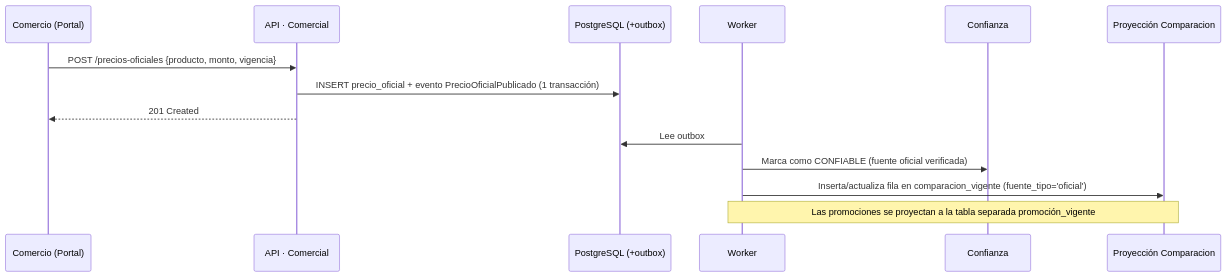
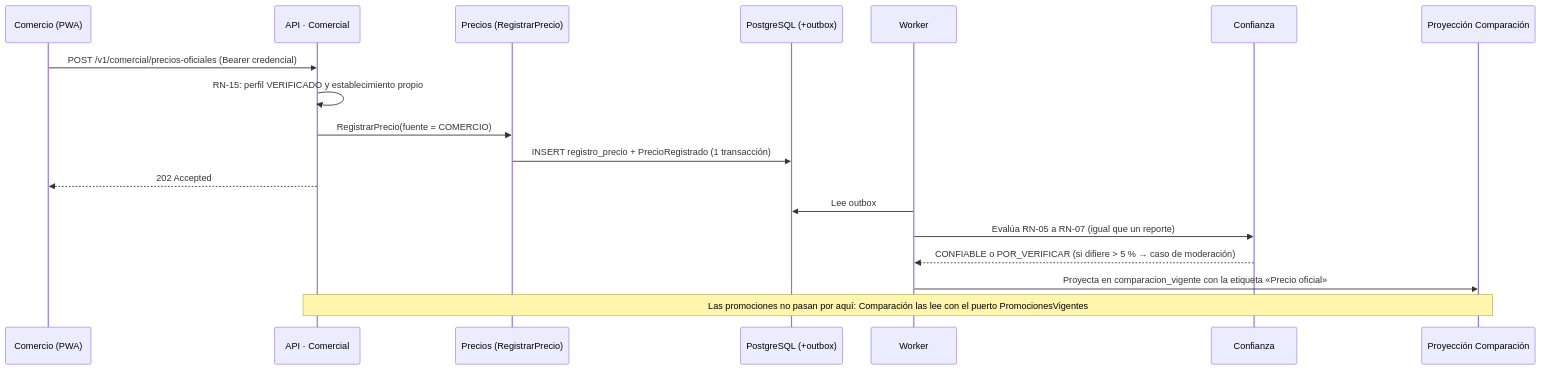
One commit to carlosaugustocue/proyectoNuclear4 changed the second of 2 diagrams in docs/03-arquitectura/analisis-impacto-modulo-comercial.md. Above: the diagram before and after it, drawn with Mermaid. The commit also changed other lines of this file and 3 other files, not shown here.

````diff
--- a/docs/03-arquitectura/analisis-impacto-modulo-comercial.md
+++ b/docs/03-arquitectura/analisis-impacto-modulo-comercial.md
@@ -174,17 +154,21 @@
 ```mermaid
 sequenceDiagram
-    participant C as Comercio (Portal)
+    participant C as Comercio (PWA)
     participant A as API · Comercial
+    participant Pr as Precios (RegistrarPrecio)
     participant DB as PostgreSQL (+outbox)
     participant W as Worker
     participant Co as Confianza
-    participant P as Proyección Comparacion
+    participant P as Proyección Comparación
 
-    C->>A: POST /precios-oficiales {producto, monto, vigencia}
-    A->>DB: INSERT precio_oficial + evento PrecioOficialPublicado (1 transacción)
-    A-->>C: 201 Created
+    C->>A: POST /v1/comercial/precios-oficiales (Bearer credencial)
+    A->>A: RN-15: perfil VERIFICADO y establecimiento propio
+    A->>Pr: RegistrarPrecio(fuente = COMERCIO)
+    Pr->>DB: INSERT registro_precio + PrecioRegistrado (1 transacción)
+    A-->>C: 202 Accepted
     W->>DB: Lee outbox
-    W->>Co: Marca como CONFIABLE (fuente oficial verificada)
-    W->>P: Inserta/actualiza fila en comparacion_vigente (fuente_tipo='oficial')
-    Note over W,P: Las promociones se proyectan a la tabla separada promoción_vigente
+    W->>Co: Evalúa RN-05 a RN-07 (igual que un reporte)
+    Co-->>W: CONFIABLE o POR_VERIFICAR (si difiere > 5 % → caso de moderación)
+    W->>P: Proyecta en comparacion_vigente con la etiqueta «Precio oficial»
+    Note over A,P: Las promociones no pasan por aquí: Comparación las lee con el puerto PromocionesVigentes
 ```
````
